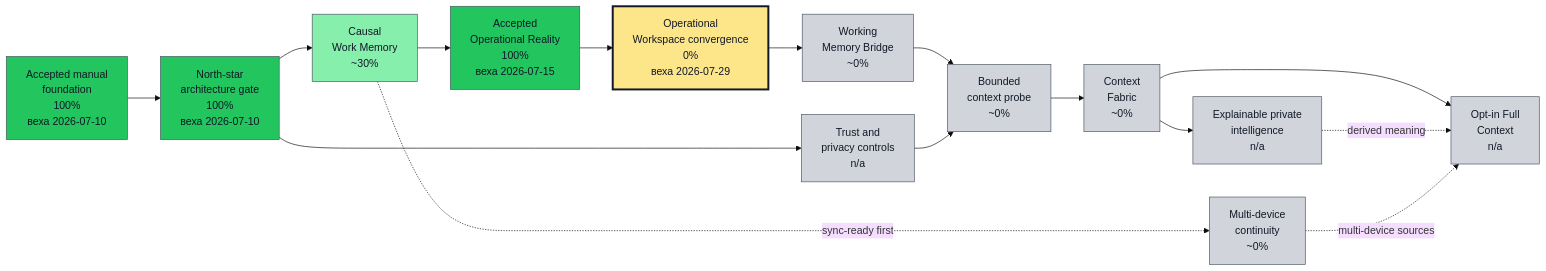
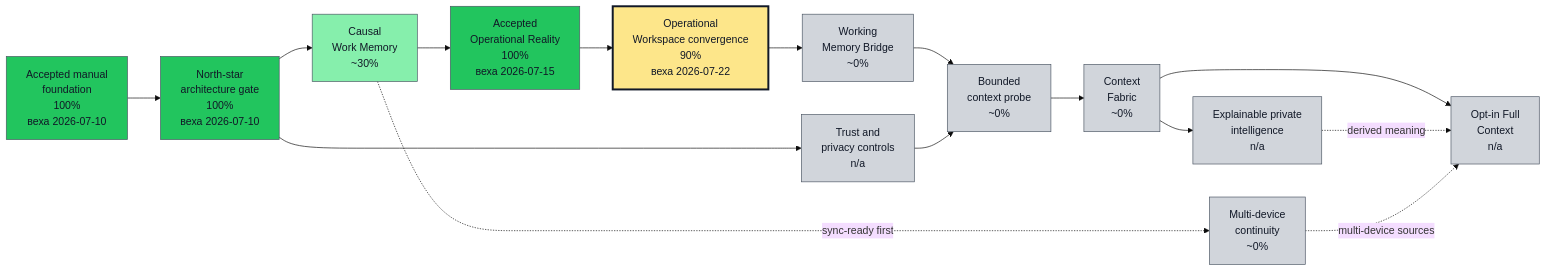
Before and after one commit to asukhodko/timeskein: the first of 2 diagrams in docs/roadmap/opskarta.md, drawn with Mermaid (base theme). The commit also changed other lines of this file and 15 other files, not shown here.

Commit message:
docs: prepare operational workspace acceptance

````diff
--- a/docs/roadmap/opskarta.md
+++ b/docs/roadmap/opskarta.md
@@ -51,53 +52,53 @@
 ```mermaid
 flowchart LR
 
     classDef exec_done fill:#22c55e,stroke:#4b5563,color:#111827,stroke-width:1px
     classDef exec_in_progress fill:#0ea5e9,stroke:#4b5563,color:#111827,stroke-width:1px
     classDef exec_blocked fill:#fecaca,stroke:#4b5563,color:#111827,stroke-width:1px
     classDef exec_not_started fill:#9ca3af,stroke:#4b5563,color:#111827,stroke-width:1px
     classDef exec_mgmt_green fill:#86efac,stroke:#4b5563,color:#111827,stroke-width:1px
     classDef exec_mgmt_yellow fill:#fde68a,stroke:#4b5563,color:#111827,stroke-width:1px
     classDef exec_mgmt_red fill:#fca5a5,stroke:#4b5563,color:#111827,stroke-width:1px
     classDef exec_mgmt_neutral fill:#d1d5db,stroke:#4b5563,color:#111827,stroke-width:1px
 
     accepted_foundation["Accepted manual<br/>foundation<br/>100%<br/>веха 2026-07-10"]
     class accepted_foundation exec_done
     architecture_gate["North-star<br/>architecture gate<br/>100%<br/>веха 2026-07-10"]
     class architecture_gate exec_done
     causal_memory["Causal<br/>Work Memory<br/>~30%"]
     class causal_memory exec_mgmt_green
     current_steering["Accepted<br/>Operational Reality<br/>100%<br/>веха 2026-07-15"]
     class current_steering exec_done
-    operational_workspace["Operational<br/>Workspace convergence<br/>0%<br/>веха 2026-07-29"]
+    operational_workspace["Operational<br/>Workspace convergence<br/>90%<br/>веха 2026-07-22"]
     class operational_workspace exec_mgmt_yellow
     style operational_workspace stroke:#111827,stroke-width:3px
     working_memory["Working<br/>Memory Bridge<br/>~0%"]
     class working_memory exec_mgmt_neutral
     trust_controls["Trust and<br/>privacy controls<br/>n/a"]
     class trust_controls exec_mgmt_neutral
     bounded_context_probe["Bounded<br/>context probe<br/>~0%"]
     class bounded_context_probe exec_mgmt_neutral
     context_fabric["Context<br/>Fabric<br/>~0%"]
     class context_fabric exec_mgmt_neutral
     private_intelligence["Explainable private<br/>intelligence<br/>n/a"]
     class private_intelligence exec_mgmt_neutral
     continuity["Multi-device<br/>continuity<br/>~0%"]
     class continuity exec_mgmt_neutral
     full_context["Opt-in Full<br/>Context<br/>n/a"]
     class full_context exec_mgmt_neutral
 
     accepted_foundation --> architecture_gate
     architecture_gate --> causal_memory
     causal_memory --> current_steering
     current_steering --> operational_workspace
     operational_workspace --> working_memory
     architecture_gate --> trust_controls
     working_memory --> bounded_context_probe
     trust_controls --> bounded_context_probe
     bounded_context_probe --> context_fabric
     context_fabric --> private_intelligence
     causal_memory -. sync-ready first .-> continuity
     context_fabric --> full_context
     private_intelligence -. derived meaning .-> full_context
     continuity -. multi-device sources .-> full_context
 ```
````
